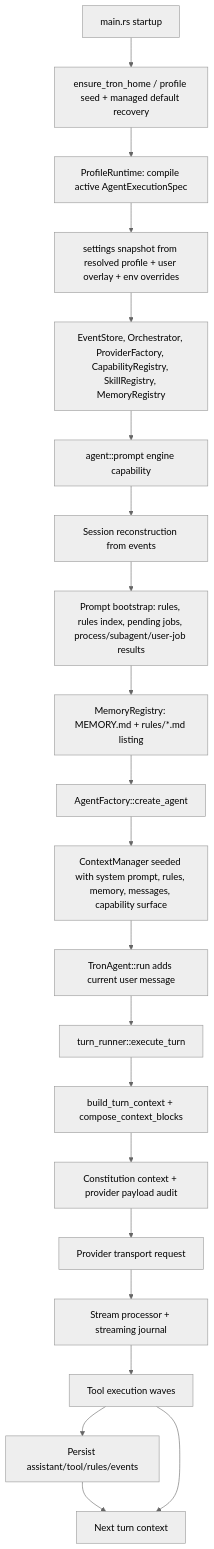
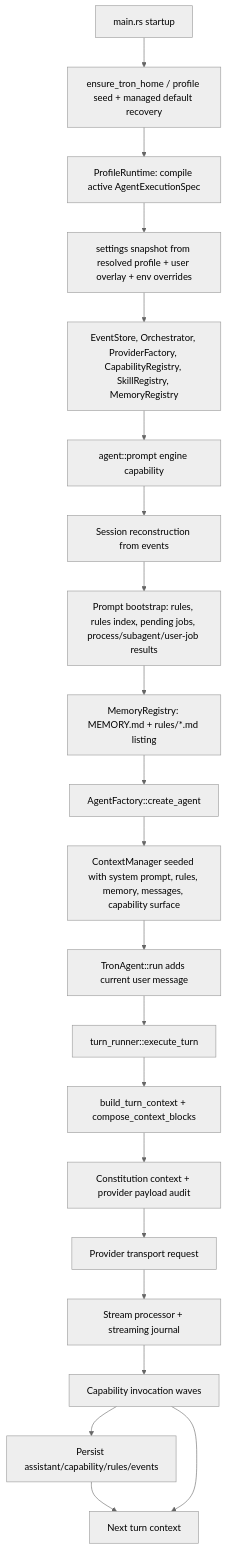
One commit to mhismail3/tron changed the diagram in packages/agent/docs/context-architecture.md. Above: the diagram before and after it, drawn with Mermaid (neutral theme). The commit also changed other lines of this file and 23 other files, not shown here.

````diff
--- a/packages/agent/docs/context-architecture.md
+++ b/packages/agent/docs/context-architecture.md
@@ -36,23 +36,23 @@
 ```mermaid
 flowchart TD
     Start["main.rs startup"] --> Home["ensure_tron_home / profile seed + managed default recovery"]
     Home --> ProfileRuntime["ProfileRuntime: compile active AgentExecutionSpec"]
     ProfileRuntime --> Settings["settings snapshot from resolved profile + user overlay + env overrides"]
     Settings --> Services["EventStore, Orchestrator, ProviderFactory, CapabilityRegistry, SkillRegistry, MemoryRegistry"]
     Services --> PromptCap["agent::prompt engine capability"]
     PromptCap --> Reconstruct["Session reconstruction from events"]
     Reconstruct --> Bootstrap["Prompt bootstrap: rules, rules index, pending jobs, process/subagent/user-job results"]
     Bootstrap --> Memory["MemoryRegistry: MEMORY.md + rules/*.md listing"]
     Memory --> AgentFactory["AgentFactory::create_agent"]
     AgentFactory --> ContextManager["ContextManager seeded with system prompt, rules, memory, messages, capability surface"]
     ContextManager --> UserMessage["TronAgent::run adds current user message"]
     UserMessage --> Turn["turn_runner::execute_turn"]
     Turn --> Compose["build_turn_context + compose_context_blocks"]
     Compose --> Audit["Constitution context + provider payload audit"]
     Audit --> Provider["Provider transport request"]
     Provider --> Stream["Stream processor + streaming journal"]
-    Stream --> Tools["Tool execution waves"]
-    Tools --> Events["Persist assistant/tool/rules/events"]
+    Stream --> Capabilities["Capability invocation waves"]
+    Capabilities --> Events["Persist assistant/capability/rules/events"]
     Events --> Next["Next turn context"]
-    Tools --> Next
+    Capabilities --> Next
 ```
````
